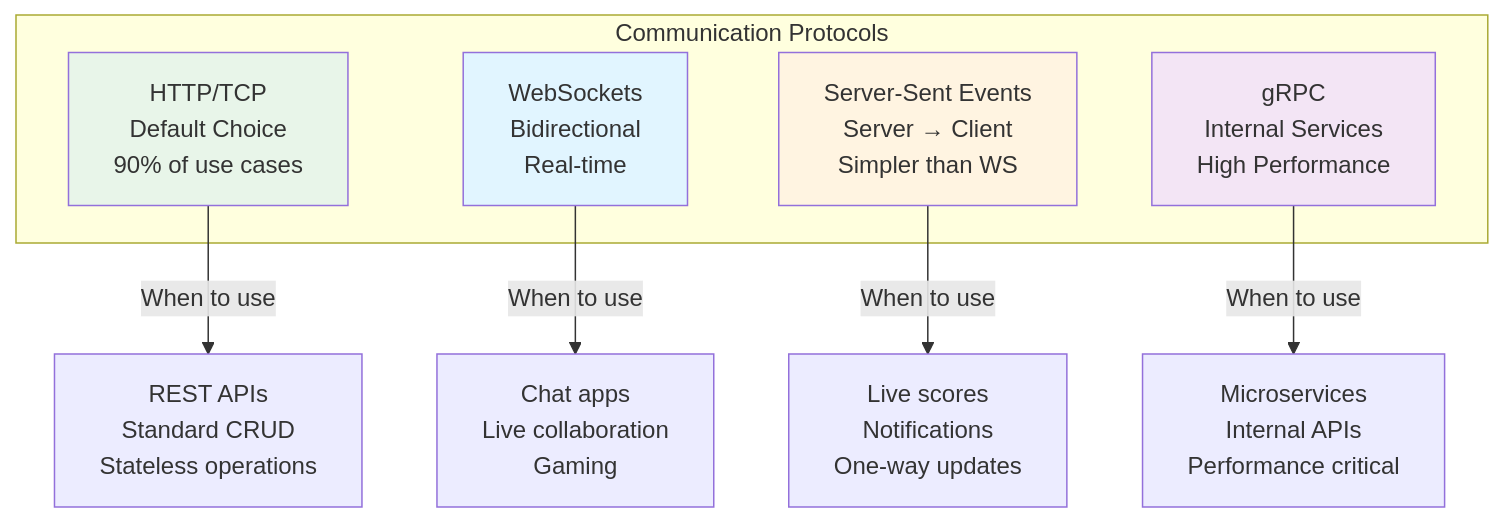
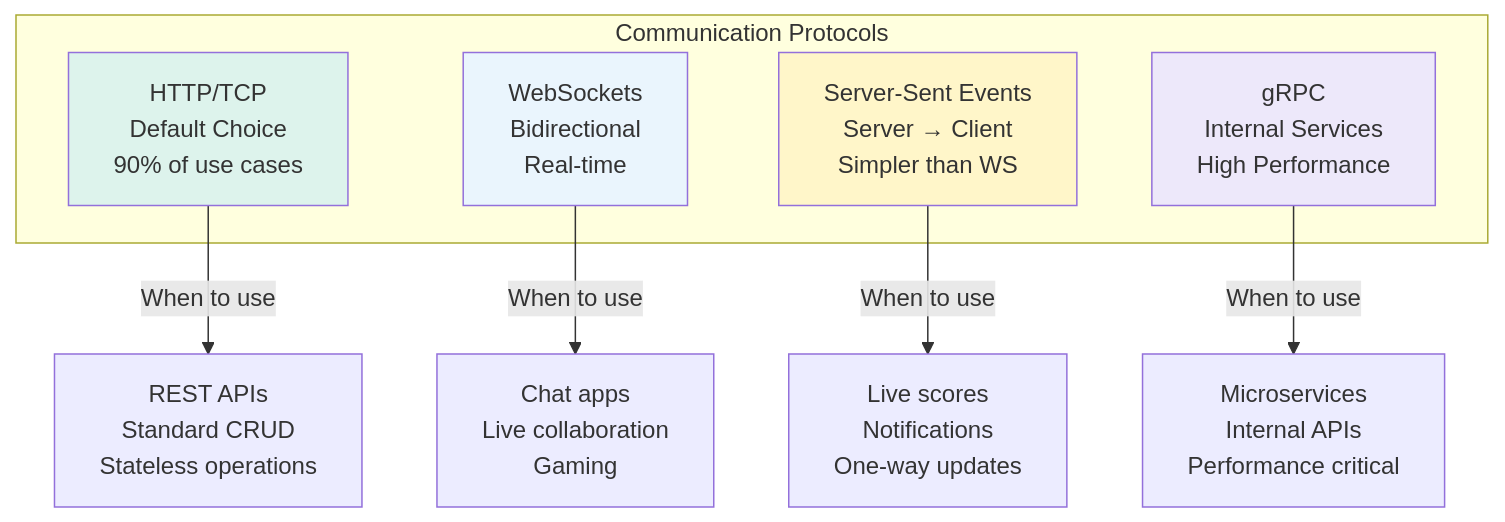
The first of 31 diagrams in LLD/CoreConcepts/Networking.md (cartmancodes/InterviewVault), drawn with Mermaid before and after one commit. The commit also changed other lines of this file and 679 other files, not shown here.

Commit message:
Unify content diagrams and add accessible visual walkthroughs

````diff
--- a/LLD/CoreConcepts/Networking.md
+++ b/LLD/CoreConcepts/Networking.md
@@ -58,19 +58,19 @@
 ```mermaid
 graph TB
     subgraph "Communication Protocols"
         HTTP[HTTP/TCP<br/>Default Choice<br/>90% of use cases]
         WS[WebSockets<br/>Bidirectional<br/>Real-time]
         SSE[Server-Sent Events<br/>Server → Client<br/>Simpler than WS]
         gRPC[gRPC<br/>Internal Services<br/>High Performance]
     end
     
     HTTP -->|When to use| UC1[REST APIs<br/>Standard CRUD<br/>Stateless operations]
     WS -->|When to use| UC2[Chat apps<br/>Live collaboration<br/>Gaming]
     SSE -->|When to use| UC3[Live scores<br/>Notifications<br/>One-way updates]
     gRPC -->|When to use| UC4[Microservices<br/>Internal APIs<br/>Performance critical]
     
-    style HTTP fill:#e8f5e9
-    style WS fill:#e1f5ff
-    style SSE fill:#fff4e1
-    style gRPC fill:#f3e5f5
+    style HTTP fill:#DDF3EC
+    style WS fill:#EAF5FD
+    style SSE fill:#FFF6C9
+    style gRPC fill:#EDE8FA
 ```
````
